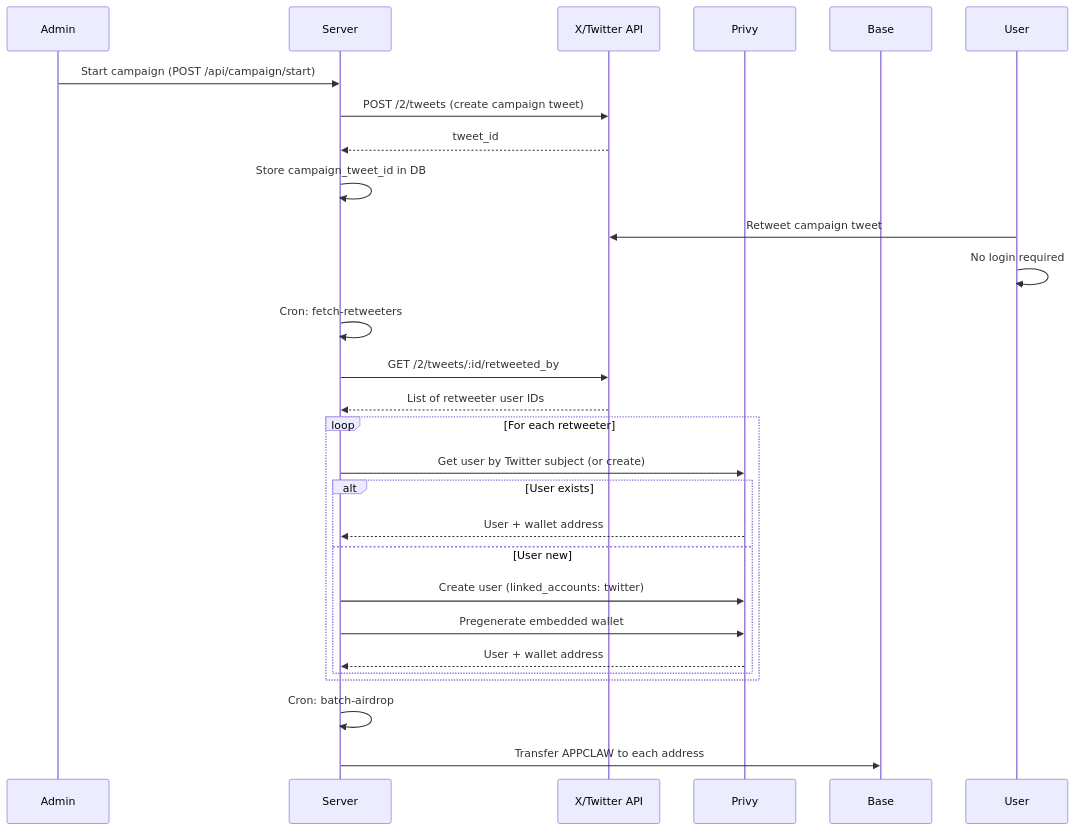
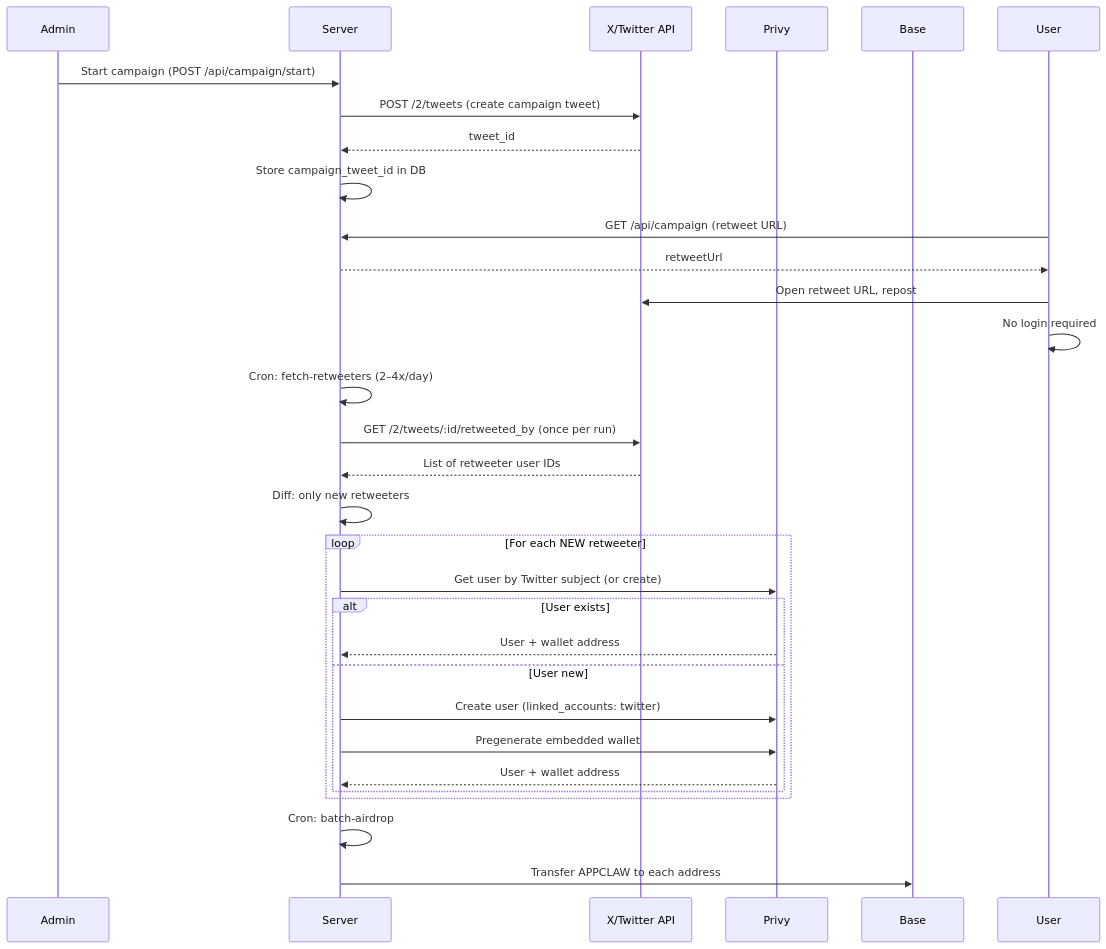
The second of 2 diagrams in docs/Plan.md (sontungdt7/AppClaw), drawn with Mermaid before and after one commit. The commit also changed other lines of this file and 6 other files, not shown here.

````diff
--- a/docs/Plan.md
+++ b/docs/Plan.md
@@ -121,35 +124,38 @@
 ```mermaid
 sequenceDiagram
     participant Admin
     participant Server
     participant X as X/Twitter API
     participant Privy
     participant Base
     participant User
     
     Admin->>Server: Start campaign (POST /api/campaign/start)
     Server->>X: POST /2/tweets (create campaign tweet)
     X-->>Server: tweet_id
     Server->>Server: Store campaign_tweet_id in DB
     
-    User->>X: Retweet campaign tweet
+    User->>Server: GET /api/campaign (retweet URL)
+    Server-->>User: retweetUrl
+    User->>X: Open retweet URL, repost
     User->>User: No login required
     
-    Server->>Server: Cron: fetch-retweeters
-    Server->>X: GET /2/tweets/:id/retweeted_by
+    Server->>Server: Cron: fetch-retweeters (2–4x/day)
+    Server->>X: GET /2/tweets/:id/retweeted_by (once per run)
     X-->>Server: List of retweeter user IDs
+    Server->>Server: Diff: only new retweeters
     
-    loop For each retweeter
+    loop For each NEW retweeter
         Server->>Privy: Get user by Twitter subject (or create)
         alt User exists
             Privy-->>Server: User + wallet address
         else User new
             Server->>Privy: Create user (linked_accounts: twitter)
             Server->>Privy: Pregenerate embedded wallet
             Privy-->>Server: User + wallet address
         end
     end
     
     Server->>Server: Cron: batch-airdrop
     Server->>Base: Transfer APPCLAW to each address
 ```
````
